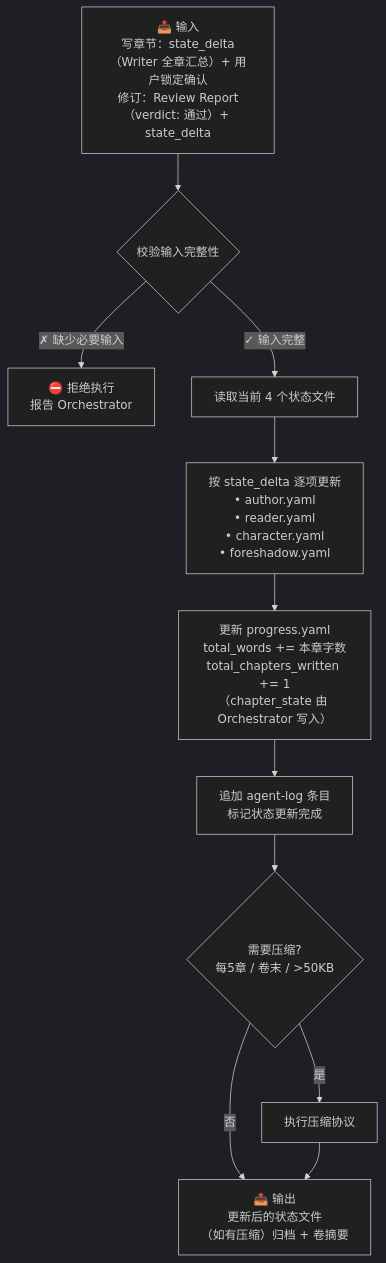
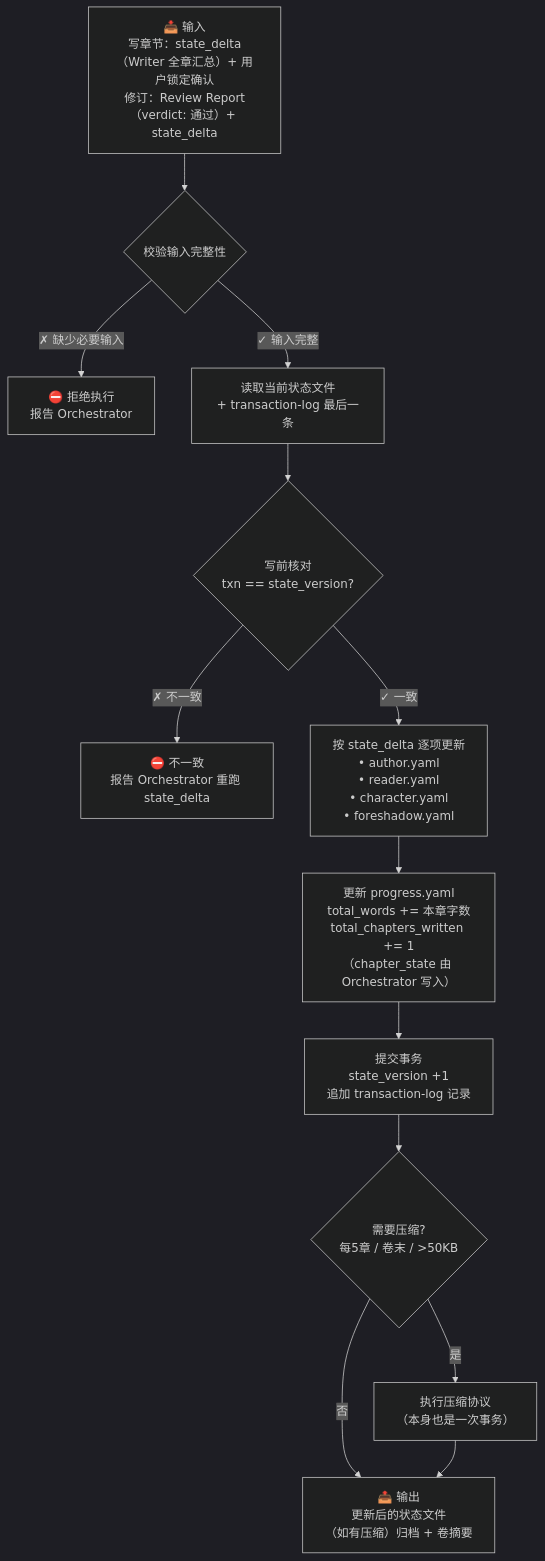
The diagram in agents/state-manager.md (deathwhispers/novel-studio), drawn with Mermaid (dark theme) before and after one commit. The commit also changed other lines of this file and 14 other files, not shown here.

````diff
--- a/agents/state-manager.md
+++ b/agents/state-manager.md
@@ -111,27 +120,32 @@
 ```mermaid
 flowchart TD
     Input["📥 输入<br/>写章节：state_delta（Writer 全章汇总）+ 用户锁定确认<br/>修订：Review Report（verdict: 通过）+ state_delta"]
 
     Validate{"校验输入完整性"}
     Reject["⛔ 拒绝执行<br/>报告 Orchestrator"]
 
-    Read["读取当前 4 个状态文件"]
+    Read["读取当前状态文件<br/>+ transaction-log 最后一条"]
+    VersionCheck{"写前核对<br/>txn == state_version?"}
+    VersionReject["⛔ 不一致<br/>报告 Orchestrator 重跑 state_delta"]
+
     Update["按 state_delta 逐项更新<br/>• author.yaml<br/>• reader.yaml<br/>• character.yaml<br/>• foreshadow.yaml"]
     Progress["更新 progress.yaml<br/>total_words += 本章字数<br/>total_chapters_written += 1<br/>（chapter_state 由 Orchestrator 写入）"]
-    Log["追加 agent-log 条目<br/>标记状态更新完成"]
+    Commit["提交事务<br/>state_version +1<br/>追加 transaction-log 记录"]
 
     Compress{"需要压缩?<br/>每5章 / 卷末 / >50KB"}
-    RunCompress["执行压缩协议"]
+    RunCompress["执行压缩协议<br/>（本身也是一次事务）"]
     Done["📤 输出<br/>更新后的状态文件<br/>（如有压缩）归档 + 卷摘要"]
 
     Input --> Validate
     Validate -->|"✗ 缺少必要输入"| Reject
     Validate -->|"✓ 输入完整"| Read
-    Read --> Update
+    Read --> VersionCheck
+    VersionCheck -->|"✗ 不一致"| VersionReject
+    VersionCheck -->|"✓ 一致"| Update
     Update --> Progress
-    Progress --> Log
-    Log --> Compress
+    Progress --> Commit
+    Commit --> Compress
     Compress -->|"是"| RunCompress
     Compress -->|"否"| Done
     RunCompress --> Done
 ```
````
